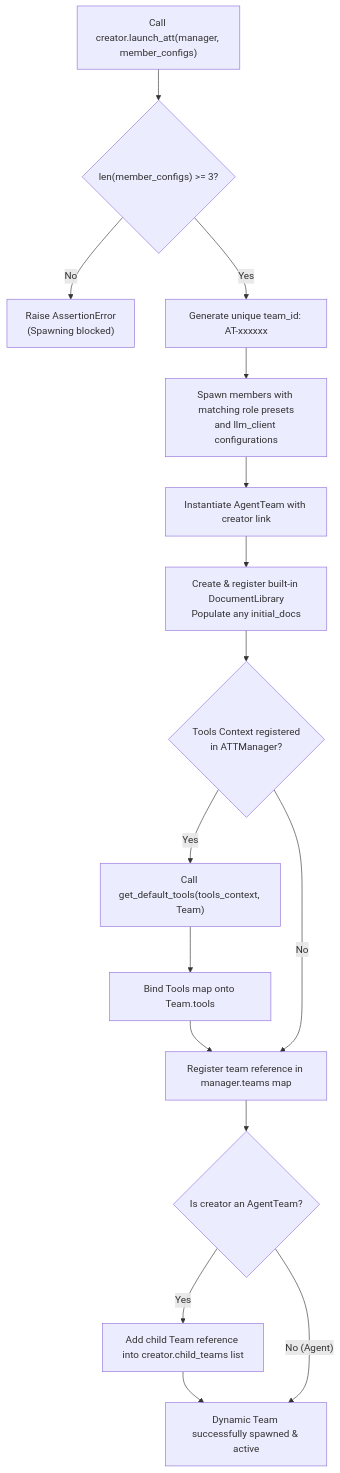
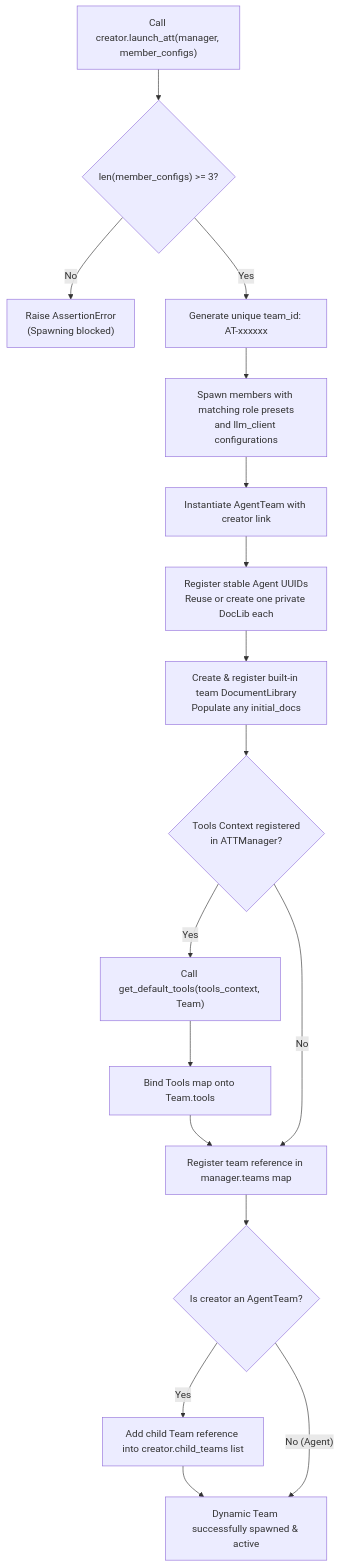
Before and after one commit to AI-Team-Team/AI-Team-Team: the first of 6 diagrams in docs/flowcharts/Lineage_Tree_Mutations.md, drawn with Mermaid. The commit also changed 31 other files, not shown here.

First line of the commit message:
feat(core)!: add persistent private agent workspaces

````diff
--- a/docs/flowcharts/Lineage_Tree_Mutations.md
+++ b/docs/flowcharts/Lineage_Tree_Mutations.md
@@ -9,28 +9,29 @@
 ```mermaid
 flowchart TD
     Start["Call creator.launch_att(manager, member_configs)"] --> EnforceSize{"len(member_configs) >= 3?"}
     
     EnforceSize -- "No" --> RaiseAssert["Raise AssertionError\n(Spawning blocked)"]
     EnforceSize -- "Yes" --> GenerateID["Generate unique team_id: AT-xxxxxx"]
     
     GenerateID --> SpawnMembers["Spawn members with matching role presets\nand llm_client configurations"]
     
     SpawnMembers --> CreateTeam["Instantiate AgentTeam with creator link"]
     
-    CreateTeam --> CreateDocLib["Create & register built-in DocumentLibrary\nPopulate any initial_docs"]
+    CreateTeam --> RegisterAgents["Register stable Agent UUIDs\nReuse or create one private DocLib each"]
+    RegisterAgents --> CreateDocLib["Create & register built-in team DocumentLibrary\nPopulate any initial_docs"]
     
     CreateDocLib --> ToolsContext{"Tools Context registered\nin ATTManager?"}
     
     ToolsContext -- "Yes" --> GetDefaultTools["Call get_default_tools(tools_context, Team)"]
     GetDefaultTools --> BindTools["Bind Tools map onto Team.tools"]
     BindTools --> RegisterTeam["Register team reference in manager.teams map"]
     
     ToolsContext -- "No" --> RegisterTeam
     
     RegisterTeam --> CreatorIsTeam{"Is creator an AgentTeam?"}
     
     CreatorIsTeam -- "Yes" --> AddChildLink["Add child Team reference into creator.child_teams list"]
     AddChildLink --> End["Dynamic Team successfully spawned & active"]
     
     CreatorIsTeam -- "No (Agent)" --> End
 ```
````
